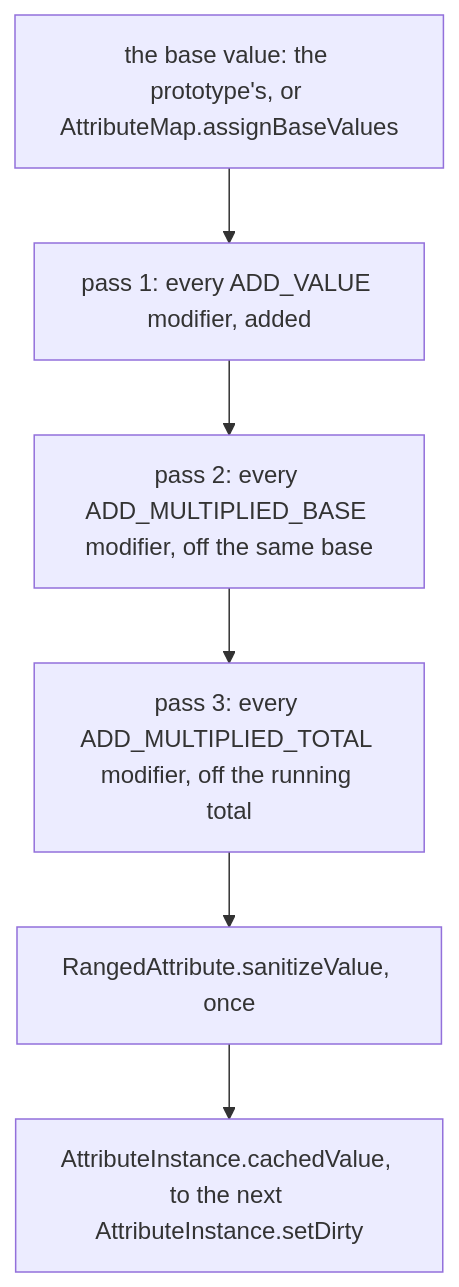
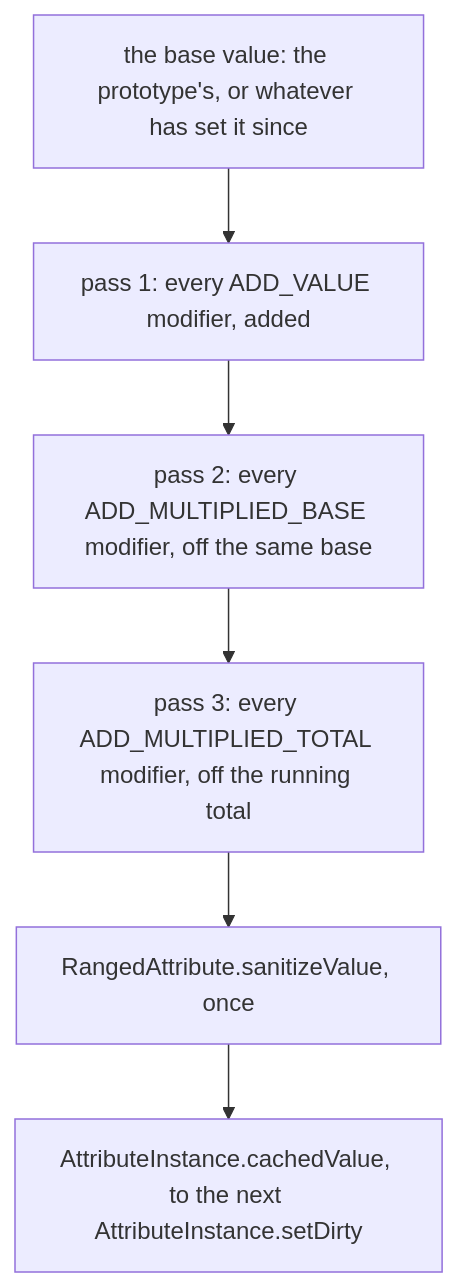
Before and after one commit to AlexanderjFraser/MinecraftDocs: the second of 3 diagrams in src/systems/entities/attributes.md, drawn with Mermaid. The commit also changed other lines of this file and 21 other files, not shown here.

````diff
--- a/src/systems/entities/attributes.md
+++ b/src/systems/entities/attributes.md
@@ -276,10 +278,10 @@
 ```mermaid
 flowchart TD
-    B["the base value: the prototype's, or AttributeMap.assignBaseValues"]
+    B["the base value: the prototype's, or whatever has set it since"]
     P1["pass 1: every ADD_VALUE modifier, added"]
     P2["pass 2: every ADD_MULTIPLIED_BASE modifier, off the same base"]
     P3["pass 3: every ADD_MULTIPLIED_TOTAL modifier, off the running total"]
     C["RangedAttribute.sanitizeValue, once"]
     O["AttributeInstance.cachedValue, to the next AttributeInstance.setDirty"]
     B --> P1 --> P2 --> P3 --> C --> O
 ```
````
